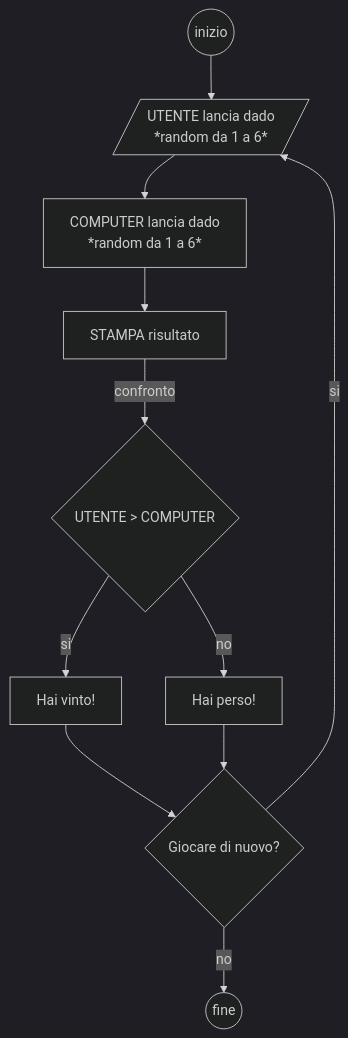
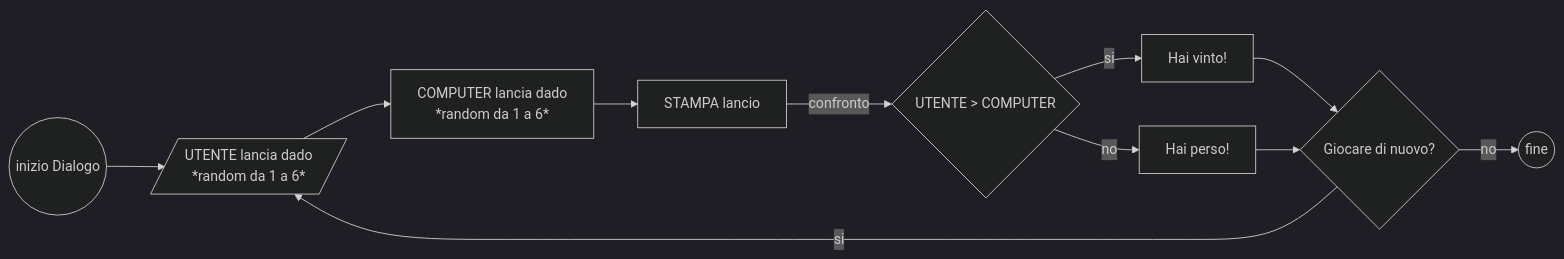
Before and after one commit to dasilvatefaele/Dev2_2024: the first of 3 diagrams in Assignment/07_gioco_di_dadi/README.md, drawn with Mermaid (dark theme). The commit also changed other lines of this file and 3 other files, not shown here.

````diff
--- a/Assignment/07_gioco_di_dadi/README.md
+++ b/Assignment/07_gioco_di_dadi/README.md
@@ -12,16 +5,16 @@
 ```Mermaid
-flowchart 
+flowchart LR
 
-id0((inizio))-->id1[/UTENTE lancia dado
+id0((inizio Dialogo))-->id1[/UTENTE lancia dado
 *random da 1 a 6*/]
 id1-->id2[COMPUTER lancia dado 
 *random da 1 a 6*]
-id2-->id10[STAMPA risultato]
+id2-->id10[STAMPA lancio]
 id10-->|confronto|id3{UTENTE > COMPUTER}
 id3-->|si|id4[Hai vinto!]
 id3-->|no|id5[Hai perso!]
 id4-->id6{Giocare di nuovo?}
 id5-->id6
 id6-->|no|id7((fine))
 id6-->|si|id1
 ```
````
